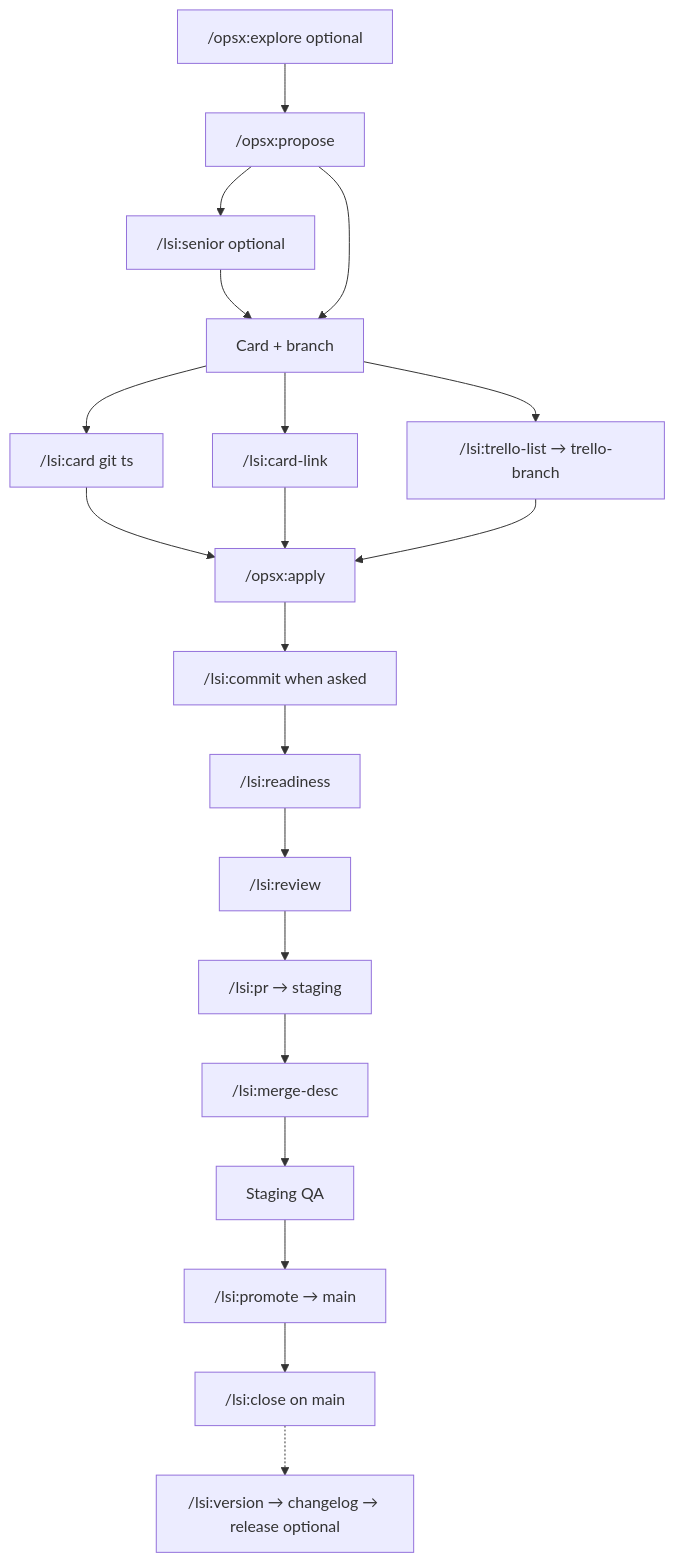
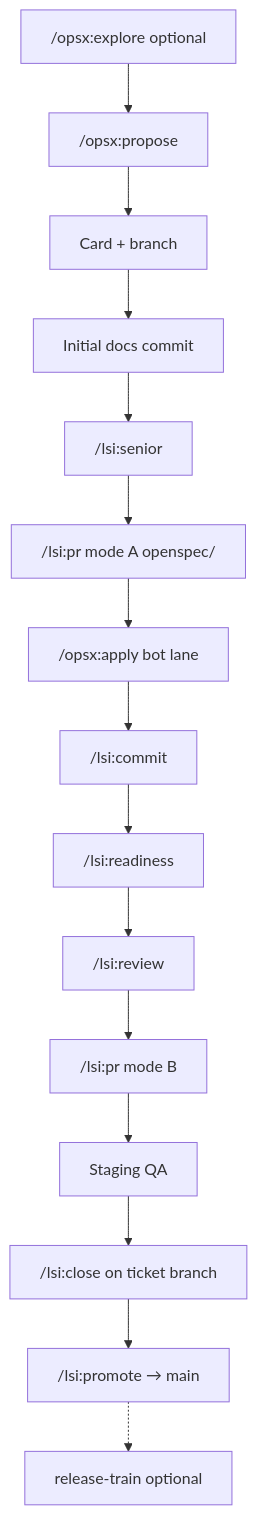
Before and after one commit to osuarez1/cursor-dev-workflows: the diagram in .claude/commands/lsi/help.md, drawn with Mermaid. The commit also changed other lines of this file and 7 other files, not shown here.

````diff
--- a/.claude/commands/lsi/help.md
+++ b/.claude/commands/lsi/help.md
@@ -99,39 +99,32 @@
 ```mermaid
 flowchart TD
   explore["/opsx:explore optional"]
   propose["/opsx:propose"]
-  senior["/lsi:senior optional"]
   card["Card + branch"]
-  cardTs["/lsi:card git ts"]
-  cardLink["/lsi:card-link"]
-  trello["/lsi:trello-list → trello-branch"]
-  apply["/opsx:apply"]
-  commit["/lsi:commit when asked"]
+  docsCommit["Initial docs commit"]
+  senior["/lsi:senior"]
+  prA["/lsi:pr mode A openspec/"]
+  apply["/opsx:apply bot lane"]
+  commit["/lsi:commit"]
   readiness["/lsi:readiness"]
   review["/lsi:review"]
-  prStaging["/lsi:pr → staging"]
-  mergeDesc["/lsi:merge-desc"]
+  prB["/lsi:pr mode B"]
   stagingQA["Staging QA"]
+  closeTicket["/lsi:close on ticket branch"]
   promote["/lsi:promote → main"]
-  closeMain["/lsi:close on main"]
-  release["/lsi:version → changelog → release optional"]
+  release["release-train optional"]
   explore --> propose
-  propose --> senior
-  senior --> card
   propose --> card
-  card --> cardTs
-  card --> cardLink
-  card --> trello
-  cardTs --> apply
-  cardLink --> apply
-  trello --> apply
+  card --> docsCommit
+  docsCommit --> senior
+  senior --> prA
+  prA --> apply
   apply --> commit
   commit --> readiness
   readiness --> review
-  review --> prStaging
-  prStaging --> mergeDesc
-  mergeDesc --> stagingQA
-  stagingQA --> promote
-  promote --> closeMain
-  closeMain -.-> release
+  review --> prB
+  prB --> stagingQA
+  stagingQA --> closeTicket
+  closeTicket --> promote
+  promote -.-> release
 ```
````
